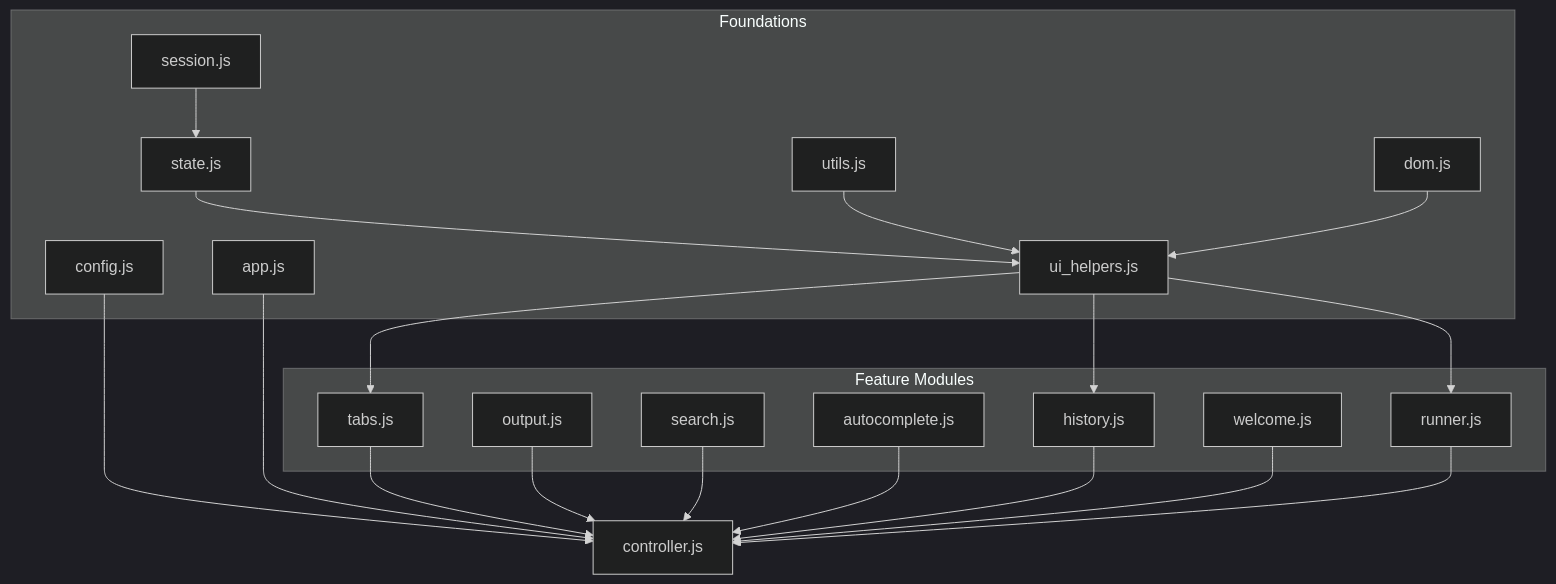
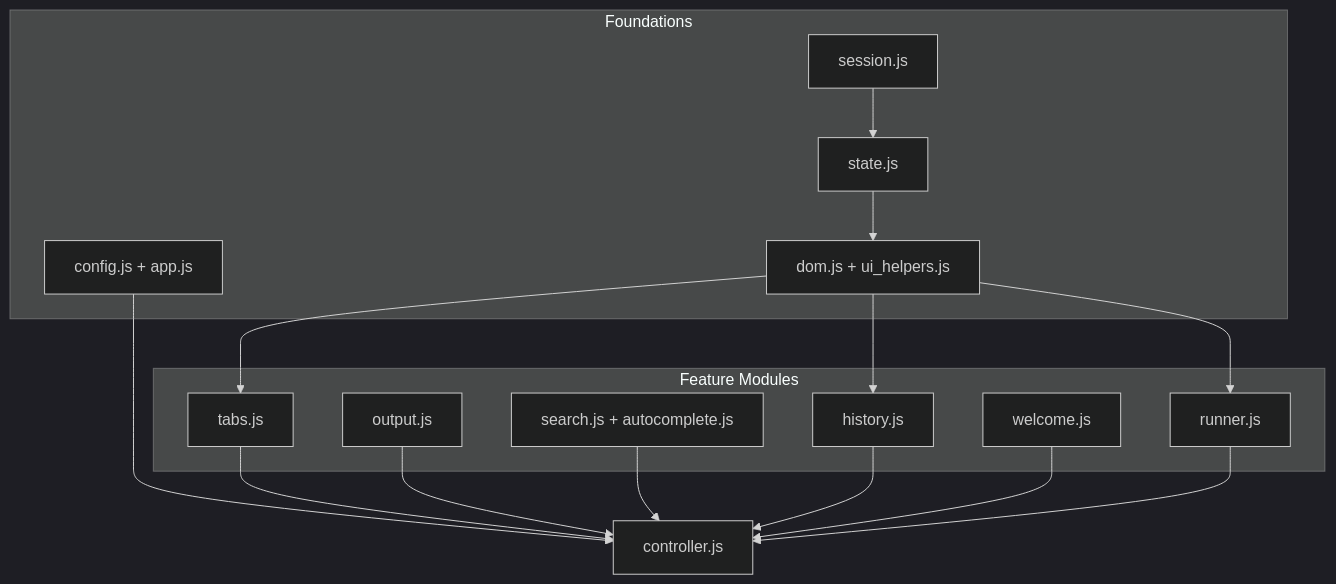
The fourth of 6 diagrams in ARCHITECTURE.md (darklab-sh/darklab-shell), drawn with Mermaid (dark theme) before and after one commit. The commit also changed other lines of this file and 79 other files, not shown here.

````diff
--- a/ARCHITECTURE.md
+++ b/ARCHITECTURE.md
@@ -147,41 +155,33 @@
 ```mermaid
 flowchart TD
   subgraph Foundations["Foundations"]
     Session["session.js"]
     State["state.js"]
-    Utils["utils.js"]
-    Config["config.js"]
-    DOM["dom.js"]
-    UI["ui_helpers.js"]
-    App["app.js"]
+    DOM["dom.js + ui_helpers.js"]
+    Bootstrap["config.js + app.js"]
   end
 
   subgraph Features["Feature Modules"]
     Tabs["tabs.js"]
     Output["output.js"]
-    Search["search.js"]
-    Auto["autocomplete.js"]
+    Search["search.js + autocomplete.js"]
     History["history.js"]
     Welcome["welcome.js"]
     Runner["runner.js"]
   end
 
   Controller["controller.js"]
 
   Session --> State
-  State --> UI
-  Utils --> UI
-  DOM --> UI
-  Config --> Controller
-  App --> Controller
-  UI --> Tabs
-  UI --> History
-  UI --> Runner
+  State --> DOM
+  DOM --> Tabs
+  DOM --> History
+  DOM --> Runner
+  Bootstrap --> Controller
   Tabs --> Controller
   Output --> Controller
   Search --> Controller
-  Auto --> Controller
   History --> Controller
   Welcome --> Controller
   Runner --> Controller
 ```
````
